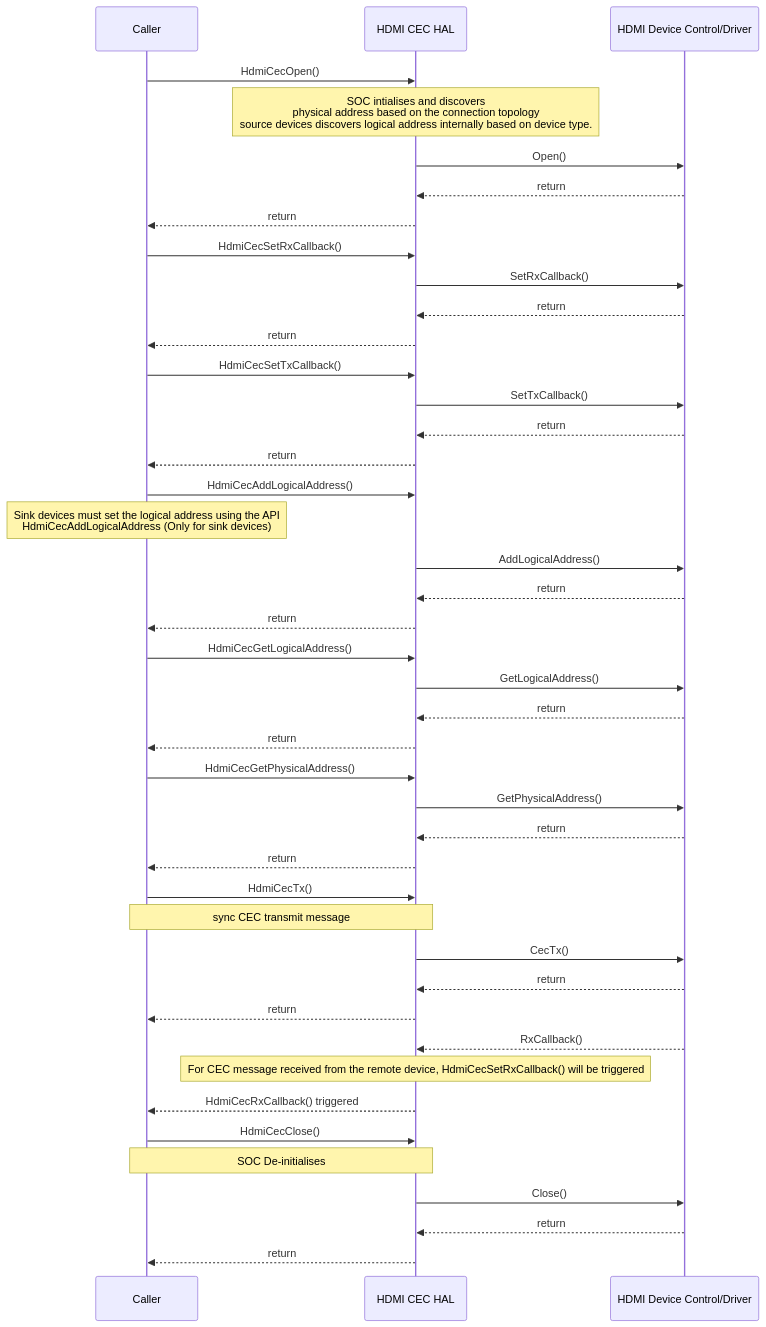
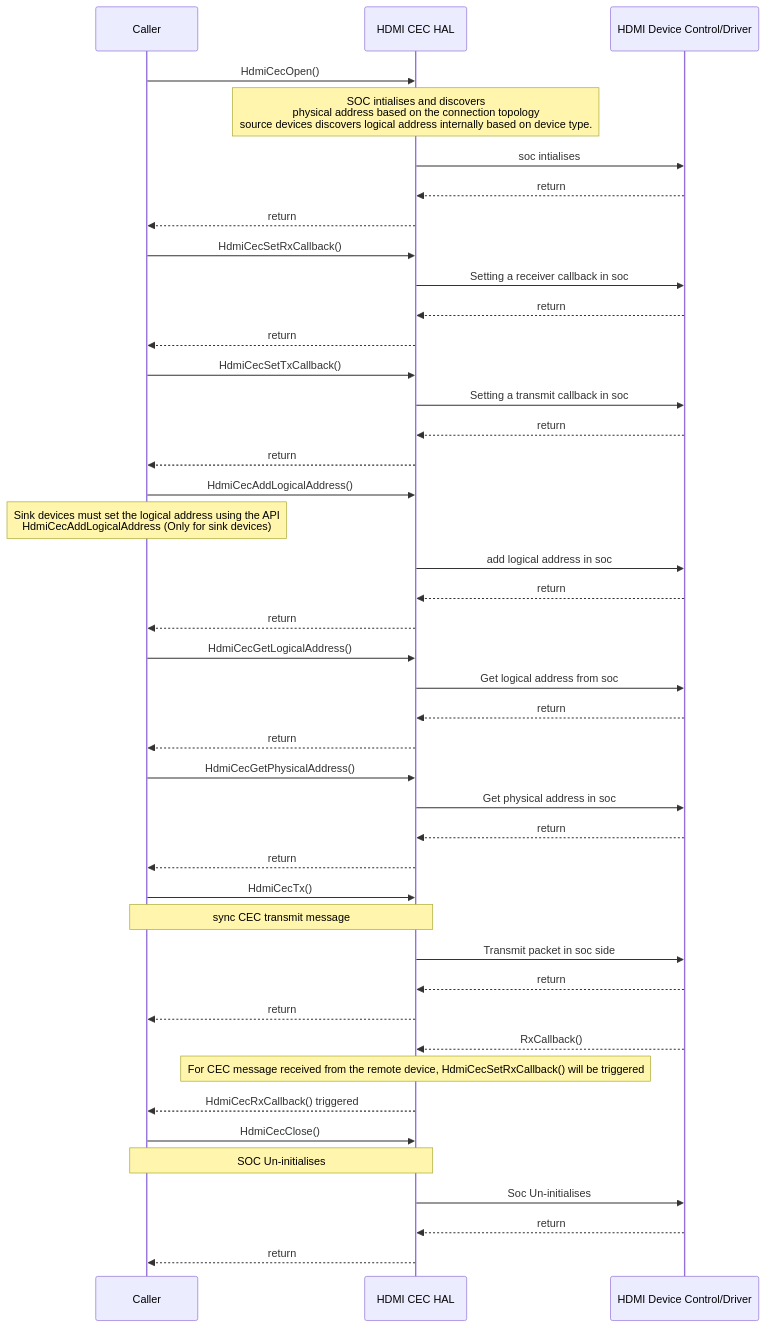
One commit to rdkcentral/rdk-halif-hdmi_cec changed the second of 2 diagrams in docs/pages/hdmi-cec_halSpec.md. Above: the diagram before and after it, drawn with Mermaid. The commit also changed 1 other file, not shown here.

Commit message:
RDK-41512 : soc interactions updated in the sequence diagram. Enum value descriptions also modified based on the review.

````diff
--- a/docs/pages/hdmi-cec_halSpec.md
+++ b/docs/pages/hdmi-cec_halSpec.md
@@ -185,46 +185,46 @@
 ```mermaid
 %%{ init : { "theme" : "default", "flowchart" : { "curve" : "stepBefore" }}}%%
    sequenceDiagram
     participant Caller as Caller
     participant HAL as HDMI CEC HAL
     participant Driver as HDMI Device Control/Driver
     Caller->>HAL:HdmiCecOpen()
     Note over HAL: SOC intialises and discovers <br> physical address based on the connection topology <br> source devices discovers logical address internally  based on device type.
-    HAL->>Driver:Open()
+    HAL->>Driver: soc intialises
     Driver-->>HAL:return
     HAL-->>Caller:return
     Caller->>HAL:HdmiCecSetRxCallback()
-    HAL->>Driver:SetRxCallback()
+    HAL->>Driver: Setting a receiver callback in soc
     Driver-->>HAL:return
     HAL-->>Caller:return
     Caller->>HAL:HdmiCecSetTxCallback()
-    HAL->>Driver:SetTxCallback()
+    HAL->>Driver:Setting a transmit callback in soc
     Driver-->>HAL:return
     HAL-->>Caller:return
     Caller ->>HAL:HdmiCecAddLogicalAddress()
     Note over Caller: Sink devices must set the logical address using the API <br> HdmiCecAddLogicalAddress (Only for sink devices)
-    HAL->>Driver:AddLogicalAddress()
+    HAL->>Driver: add logical address in soc
     Driver-->>HAL:return
     HAL-->>Caller:return
     Caller ->>HAL:HdmiCecGetLogicalAddress()
-    HAL->>Driver:GetLogicalAddress()
+    HAL->>Driver:Get logical address from soc
     Driver-->>HAL:return
     HAL-->>Caller:return
     Caller ->>HAL:HdmiCecGetPhysicalAddress()
-    HAL->>Driver:GetPhysicalAddress()
+    HAL->>Driver:Get physical address in soc
     Driver-->>HAL:return
     HAL-->>Caller:return
     Caller ->>HAL:HdmiCecTx()
     Note over Caller,HAL: sync CEC transmit message
-    HAL->>Driver:CecTx()
+    HAL->>Driver: Transmit packet in soc side
     Driver-->>HAL:return
     HAL-->>Caller:return
     Driver-->>HAL:RxCallback()
     Note over HAL: For CEC message received from the remote device, HdmiCecSetRxCallback() will be triggered
     HAL-->>Caller:HdmiCecRxCallback() triggered
     Caller ->>HAL:HdmiCecClose()
-    Note over Caller,HAL: SOC De-initialises 
-    HAL->>Driver:Close()
+    Note over Caller,HAL: SOC Un-initialises 
+    HAL->>Driver: Soc Un-initialises
     Driver-->>HAL:return
     HAL-->>Caller:return
  ```
````
